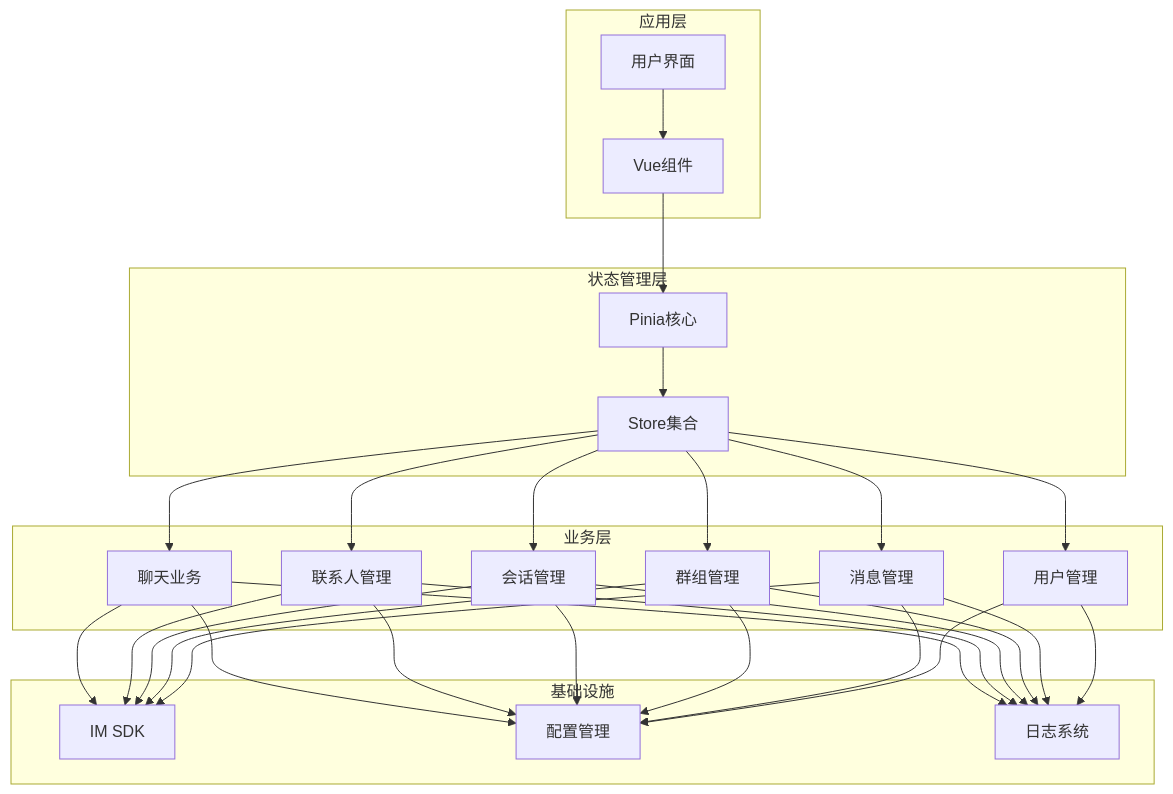
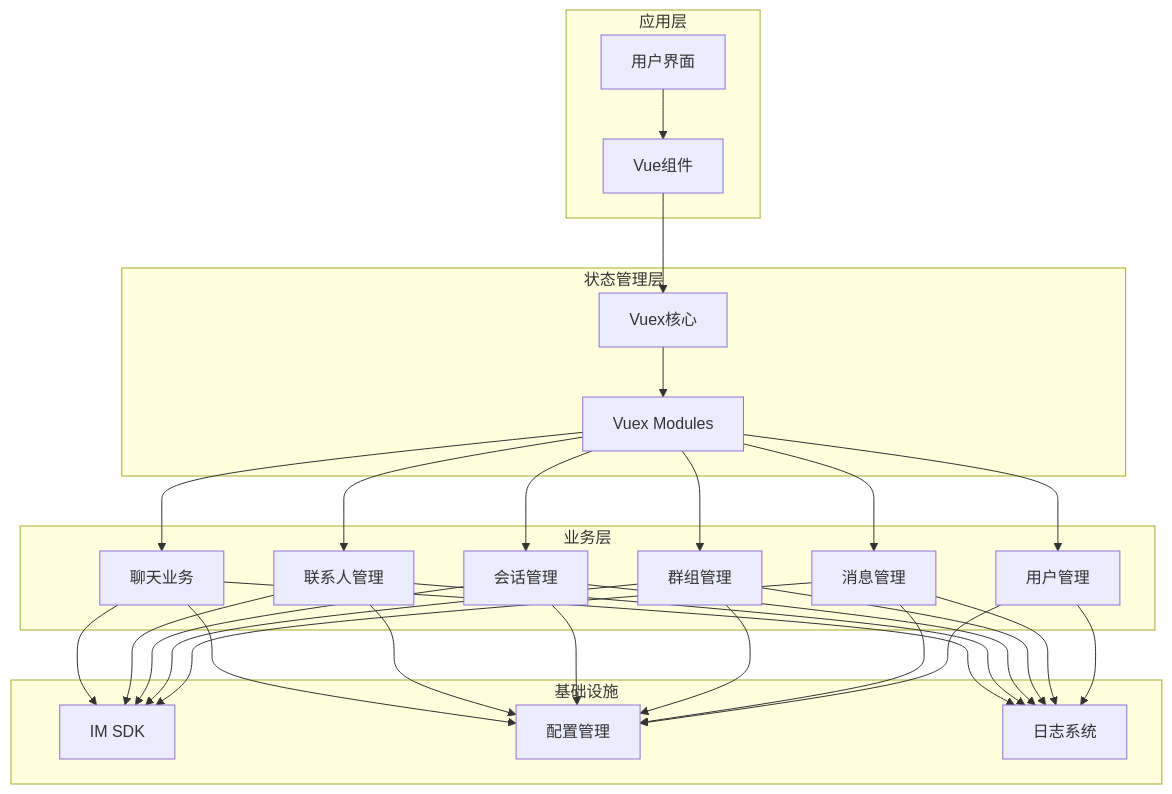
The third of 11 diagrams in .qoder/repowiki/zh/content/核心架构/Store状态管理系统架构/Pinia状态管理概览.md (Easemob-Community/easemob-uikit-uniapp-community), drawn with Mermaid before and after one commit. The commit also changed other lines of this file and 14 other files, not shown here.

````diff
--- a/.qoder/repowiki/zh/content/核心架构/Store状态管理系统架构/Pinia状态管理概览.md
+++ b/.qoder/repowiki/zh/content/核心架构/Store状态管理系统架构/Pinia状态管理概览.md
@@ -148,50 +146,50 @@
 ```mermaid
 graph TD
 subgraph "应用层"
 UI[用户界面]
 Components[Vue组件]
 end
 subgraph "状态管理层"
-Pinia[Pinia核心]
-Stores[Store集合]
+Vuex[Vuex核心]
+Modules[Vuex Modules]
 end
 subgraph "业务层"
 Chat[聊天业务]
 Contact[联系人管理]
 Conversation[会话管理]
 Group[群组管理]
 Message[消息管理]
 User[用户管理]
 end
 subgraph "基础设施"
 SDK[IM SDK]
 Config[配置管理]
 Logger[日志系统]
 end
 UI --> Components
-Components --> Pinia
-Pinia --> Stores
-Stores --> Chat
-Stores --> Contact
-Stores --> Conversation
-Stores --> Group
-Stores --> Message
-Stores --> User
+Components --> Vuex
+Vuex --> Modules
+Modules --> Chat
+Modules --> Contact
+Modules --> Conversation
+Modules --> Group
+Modules --> Message
+Modules --> User
 Chat --> SDK
 Contact --> SDK
 Conversation --> SDK
 Group --> SDK
 Message --> SDK
 Chat --> Config
 Contact --> Config
 Conversation --> Config
 Group --> Config
 Message --> Config
 User --> Config
 Chat --> Logger
 Contact --> Logger
 Conversation --> Logger
 Group --> Logger
 Message --> Logger
 User --> Logger
 ```
````
